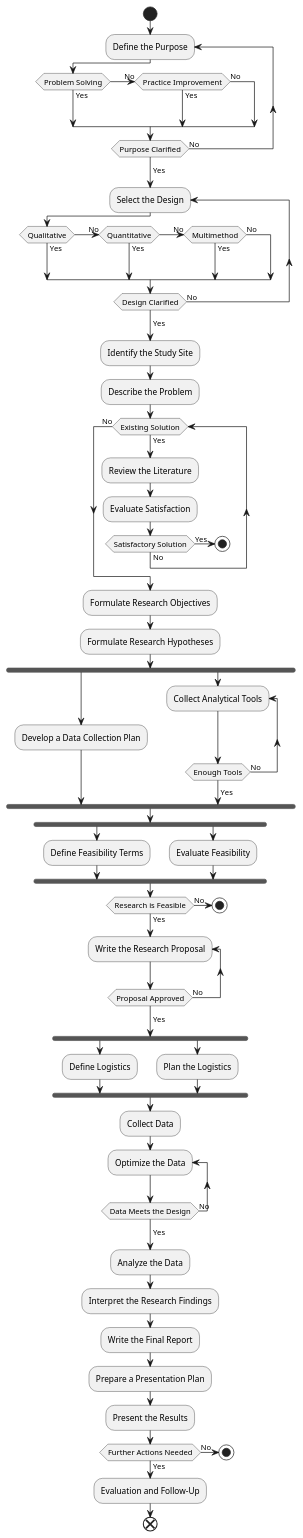
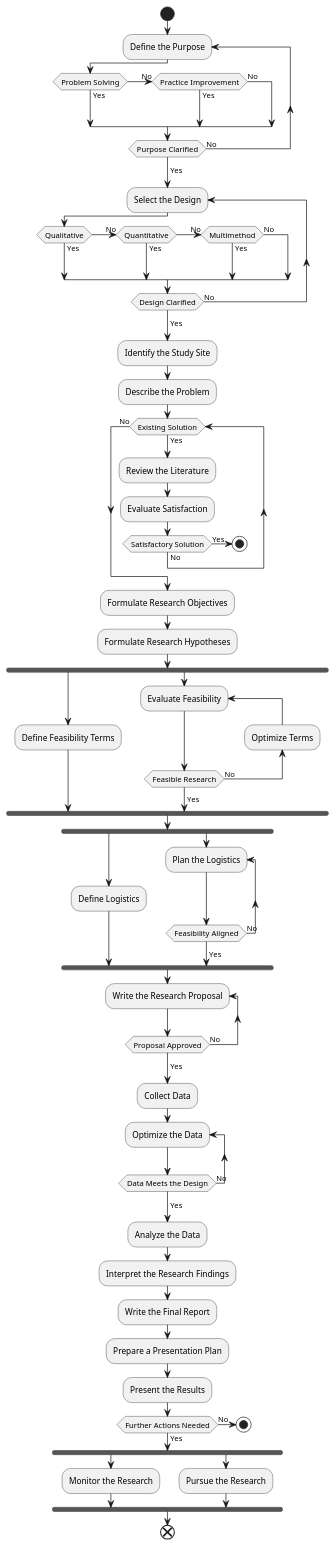
One commit to khasanshadiyarov/ABC changed the diagram in diagrams/applied-research-conduction/applied-research-conduction.md. Above: the diagram before and after it, drawn with PlantUML. The commit also changed 5 other files, not shown here.

Commit message:
Optimize existing diagrams

````diff
--- a/diagrams/applied-research-conduction/applied-research-conduction.md
+++ b/diagrams/applied-research-conduction/applied-research-conduction.md
@@ -11,71 +11,69 @@
 ```plantuml
 @startuml
 start
 repeat :Define the Purpose;
     if (Problem Solving) then (Yes)
     (No) elseif (Practice Improvement) then (Yes)
     else (No)
     endif
 repeat while (Purpose Clarified) is (No)
 ->Yes;
 repeat :Select the Design;
     if (Qualitative) then (Yes)
     (No) elseif (Quantitative) then (Yes)
     (No) elseif (Multimethod) then (Yes)
     else (No)
     endif
 repeat while (Design Clarified) is (No)
 ->Yes;
 :Identify the Study Site;
 :Describe the Problem;
 while (Existing Solution) is (Yes)
     :Review the Literature;
     :Evaluate Satisfaction;
     if (Satisfactory Solution) then (Yes)
         stop
     else (No)
     endif
 endwhile (No)
 :Formulate Research Objectives;
 :Formulate Research Hypotheses;
 fork
-    :Develop a Data Collection Plan;
+    :Define Feasibility Terms;
 fork again
-    repeat :Collect Analytical Tools;
-    repeat while (Enough Tools) is (No)
+    repeat :Evaluate Feasibility;
+    backward:Optimize Terms;
+    repeat while (Feasible Research) is (No)
     ->Yes;
 endfork
 fork
-    :Define Feasibility Terms;
+    :Define Logistics;
 fork again
-    :Evaluate Feasibility;
+    repeat :Plan the Logistics;
+    repeat while (Feasibility Aligned) is (No)
+    ->Yes;
 endfork
-if (Research is Feasible) then (Yes)
-else (No)
-    stop
-endif
 repeat :Write the Research Proposal;
 repeat while (Proposal Approved) is (No)
 ->Yes;
-fork
-    :Define Logistics;
-fork again
-    :Plan the Logistics;
-endfork
 :Collect Data;
 repeat :Optimize the Data;
 repeat while (Data Meets the Design) is (No)
 ->Yes;
 :Analyze the Data;
 :Interpret the Research Findings;
 :Write the Final Report;
 :Prepare a Presentation Plan;
 :Present the Results;
 if (Further Actions Needed) then (Yes)
-    :Evaluation and Follow-Up;
+    fork
+        :Monitor the Research;
+    fork again
+        :Pursue the Research;
+    endfork
     end
 else (No)
     stop
 endif
 @enduml
 ```
````
